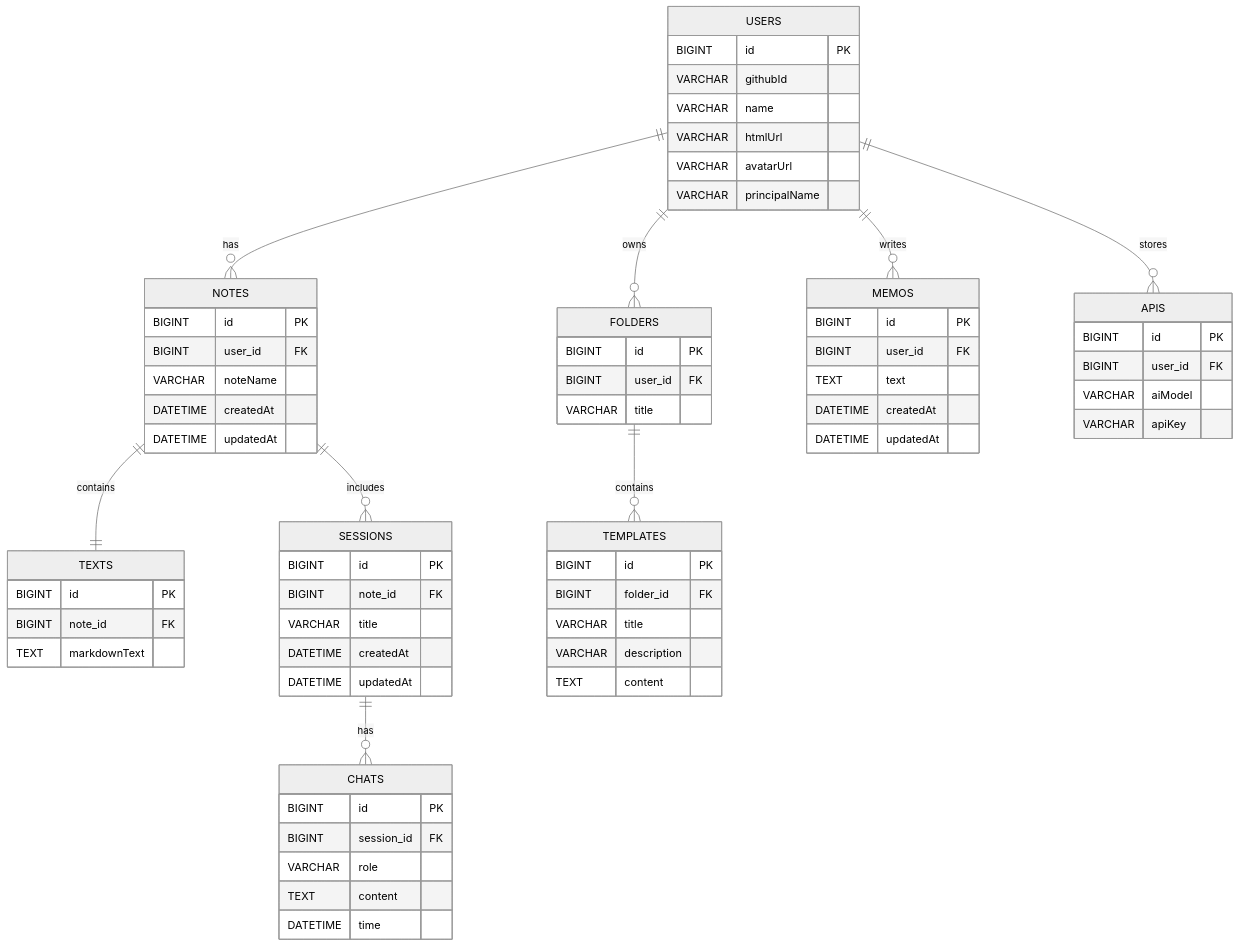
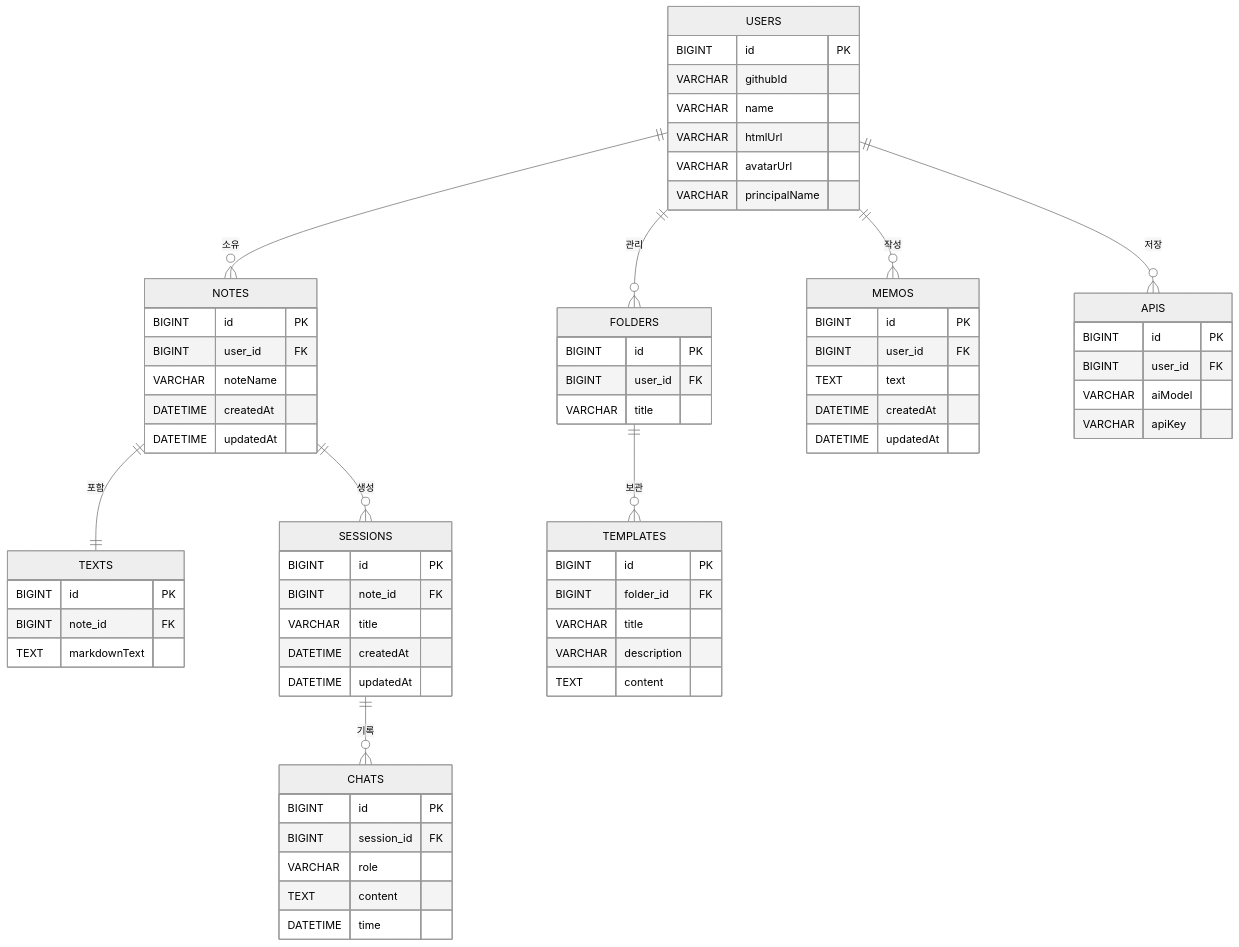
Before and after one commit to yi5oyu/writemd: the diagram in README.md, drawn with Mermaid (neutral theme). The commit also changed other lines of this file, not shown here.

````diff
--- a/README.md
+++ b/README.md
@@ -175,17 +184,16 @@
         VARCHAR aiModel
         VARCHAR apiKey
     }
-
     %% Relationships
-    USERS ||--o{ NOTES : "has"
-    USERS ||--o{ FOLDERS : "owns"
-    USERS ||--o{ MEMOS : "writes"
-    USERS ||--o{ APIS : "stores"
+    USERS ||--o{ NOTES : "소유"
+    USERS ||--o{ FOLDERS : "관리"
+    USERS ||--o{ MEMOS : "작성"
+    USERS ||--o{ APIS : "저장"
     
-    NOTES ||--|| TEXTS : "contains"
-    NOTES ||--o{ SESSIONS : "includes"
+    NOTES ||--|| TEXTS : "포함"
+    NOTES ||--o{ SESSIONS : "생성"
     
-    SESSIONS ||--o{ CHATS : "has"
+    SESSIONS ||--o{ CHATS : "기록"
     
-    FOLDERS ||--o{ TEMPLATES : "contains"
+    FOLDERS ||--o{ TEMPLATES : "보관"
 ```
````
